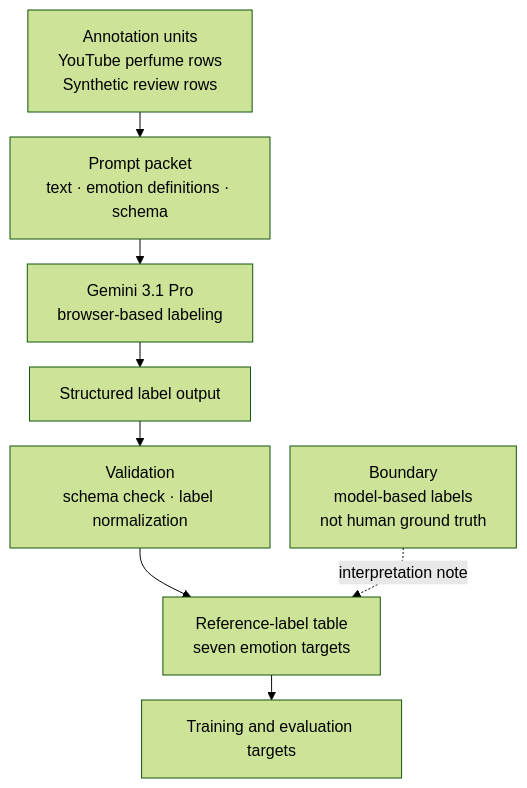
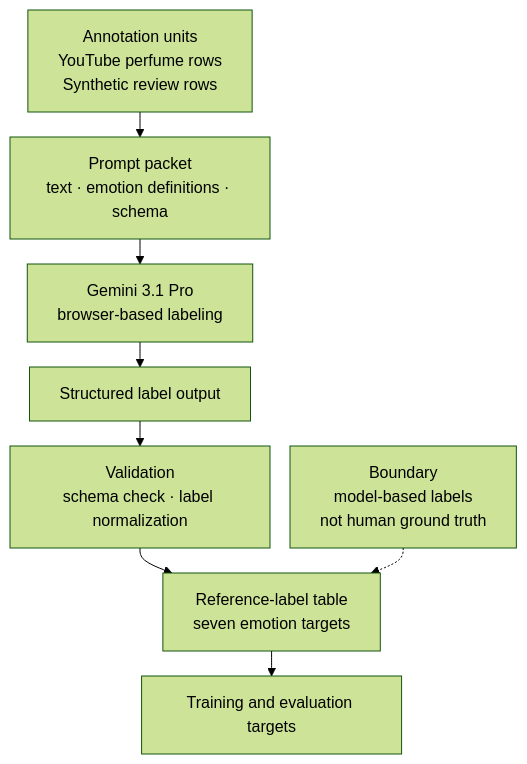
Before and after one commit to ececanga/Sentiment-Analysis-for-Perfume-Reviews: the diagram in docs/thesis/mermaid diagrams/mermaid codes/figure_3_3_gemini_annotation_workflow.mmd, drawn with Mermaid (forest theme). The commit also changed 36 other files, not shown here.

```diff
--- a/docs/thesis/mermaid diagrams/mermaid codes/figure_3_3_gemini_annotation_workflow.mmd
+++ b/docs/thesis/mermaid diagrams/mermaid codes/figure_3_3_gemini_annotation_workflow.mmd
@@ -1,22 +1,22 @@
 ---
 config:
   layout: dagre
   flowchart:
     nodeSpacing: 20
     rankSpacing: 25
 ---
 flowchart TD
     A["Annotation units<br/>YouTube perfume rows<br/>Synthetic review rows"]
     B["Prompt packet<br/>text · emotion definitions · schema"]
 
     A --> B
 
     B --> C["Gemini 3.1 Pro<br/>browser-based labeling"]
     C --> D["Structured label output"]
 
     D --> E["Validation<br/>schema check · label normalization"]
     E --> F["Reference-label table<br/>seven emotion targets"]
 
     F --> G["Training and evaluation targets"]
 
-    H["Boundary<br/>model-based labels<br/>not human ground truth"] -. interpretation note .-> F
+    H["Boundary<br/>model-based labels<br/>not human ground truth"] -.-> F
```
